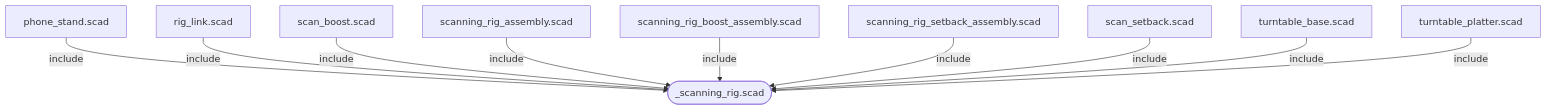
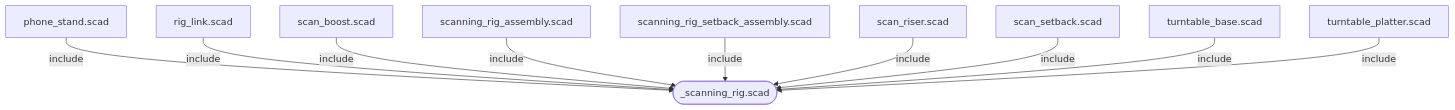
Before and after one commit to stjohnb/3d-models: the diagram in scanning-rig/dependency-graph.md, drawn with Mermaid. The commit also changed 36 other files, not shown here.

First line of the commit message:
Scale scanning rig, fix slab orientation, and correct toothpaste hanger

````diff
--- a/scanning-rig/dependency-graph.md
+++ b/scanning-rig/dependency-graph.md
@@ -10,22 +10,22 @@
 ```mermaid
 graph TD
   phone_stand["phone_stand.scad"]
   rig_link["rig_link.scad"]
   scan_boost["scan_boost.scad"]
   scanning_rig_assembly["scanning_rig_assembly.scad"]
-  scanning_rig_boost_assembly["scanning_rig_boost_assembly.scad"]
   _scanning_rig(["_scanning_rig.scad"])
   scanning_rig_setback_assembly["scanning_rig_setback_assembly.scad"]
+  scan_riser["scan_riser.scad"]
   scan_setback["scan_setback.scad"]
   turntable_base["turntable_base.scad"]
   turntable_platter["turntable_platter.scad"]
   phone_stand -->|include| _scanning_rig
   rig_link -->|include| _scanning_rig
   scan_boost -->|include| _scanning_rig
   scanning_rig_assembly -->|include| _scanning_rig
-  scanning_rig_boost_assembly -->|include| _scanning_rig
   scanning_rig_setback_assembly -->|include| _scanning_rig
+  scan_riser -->|include| _scanning_rig
   scan_setback -->|include| _scanning_rig
   turntable_base -->|include| _scanning_rig
   turntable_platter -->|include| _scanning_rig
 ```
````
